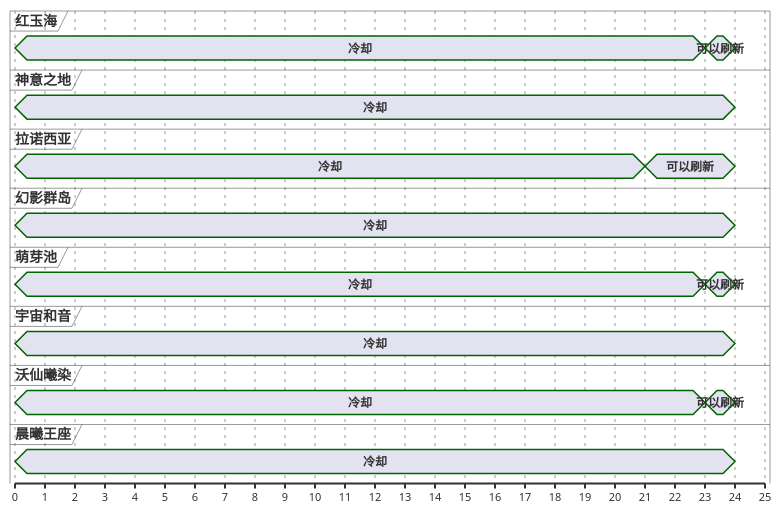
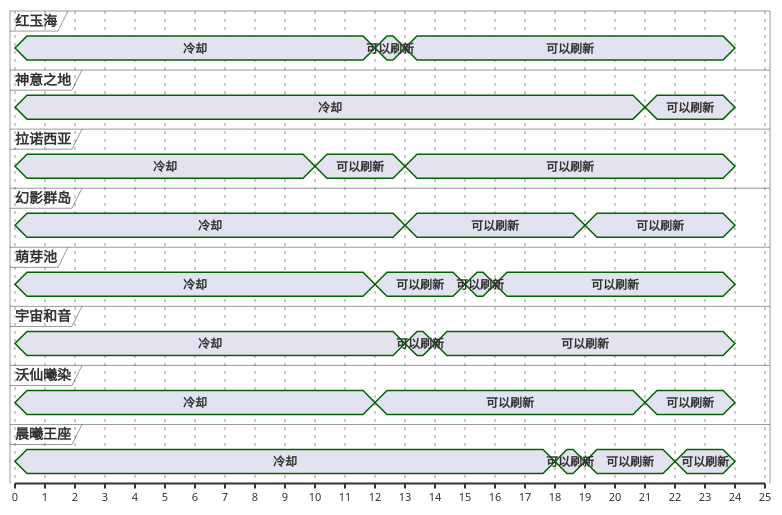
Before and after one commit to Eroleice/doc-pi: the first of 13 diagrams in ffxiv/hunt/2.0/Agrippa-the-Mighty.md, drawn with PlantUML. The commit also changed other lines of this file and 38 other files, not shown here.

````diff
--- a/ffxiv/hunt/2.0/Agrippa-the-Mighty.md
+++ b/ffxiv/hunt/2.0/Agrippa-the-Mighty.md
@@ -45,87 +45,97 @@
 
 @宇宙和音
 0 is 冷却
+13 is 可以刷新
 24 is {hidden}
 
 @红玉海
 0 is 冷却
+13 is 可以刷新
 24 is {hidden}
 
 @拉诺西亚
 0 is 冷却
+13 is 可以刷新
+24 is {hidden}
+
+@拉诺西亚
+0 is 冷却
+13 is 可以刷新
+24 is {hidden}
+
+@拉诺西亚
+0 is 冷却
+10 is 可以刷新
+24 is {hidden}
+
+@萌芽池
+0 is 冷却
+12 is 可以刷新
+24 is {hidden}
+
+@红玉海
+0 is 冷却
+12 is 可以刷新
+24 is {hidden}
+
+@红玉海
+0 is 冷却
+12 is 可以刷新
 24 is {hidden}
 
 @沃仙曦染
 0 is 冷却
+12 is 可以刷新
 24 is {hidden}
 
-@拉诺西亚
+@幻影群岛
 0 is 冷却
+13 is 可以刷新
 24 is {hidden}
 
-@拉诺西亚
+@宇宙和音
+0 is 冷却
+14 is 可以刷新
+24 is {hidden}
+
+@萌芽池
+0 is 冷却
+15 is 可以刷新
+24 is {hidden}
+
+@萌芽池
+0 is 冷却
+16 is 可以刷新
+24 is {hidden}
+
+@晨曦王座
+0 is 冷却
+18 is 可以刷新
+24 is {hidden}
+
+@幻影群岛
+0 is 冷却
+19 is 可以刷新
+24 is {hidden}
+
+@晨曦王座
+0 is 冷却
+19 is 可以刷新
+24 is {hidden}
+
+@神意之地
 0 is 冷却
 21 is 可以刷新
 24 is {hidden}
 
-@萌芽池
-0 is 冷却
-23 is 可以刷新
-24 is {hidden}
-
-@红玉海
-0 is 冷却
-23 is 可以刷新
-24 is {hidden}
-
-@红玉海
-0 is 冷却
-23 is 可以刷新
-24 is {hidden}
-
 @沃仙曦染
 0 is 冷却
-23 is 可以刷新
-24 is {hidden}
-
-@幻影群岛
-0 is 冷却
-24 is {hidden}
-
-@宇宙和音
-0 is 冷却
-24 is {hidden}
-
-@萌芽池
-0 is 冷却
-24 is {hidden}
-
-@萌芽池
-0 is 冷却
+21 is 可以刷新
 24 is {hidden}
 
 @晨曦王座
 0 is 冷却
-24 is {hidden}
-
-@幻影群岛
-0 is 冷却
-24 is {hidden}
-
-@晨曦王座
-0 is 冷却
-24 is {hidden}
-
-@神意之地
-0 is 冷却
-24 is {hidden}
-
-@沃仙曦染
-0 is 冷却
-24 is {hidden}
-
-@晨曦王座
-0 is 冷却
+22 is 可以刷新
 24 is {hidden}
 
 @神意之地
@@ -144,5 +154,9 @@
 0 is 冷却
 24 is {hidden}
 
+@沃仙曦染
+0 is 冷却
+24 is {hidden}
+
 @enduml
 ```
````
